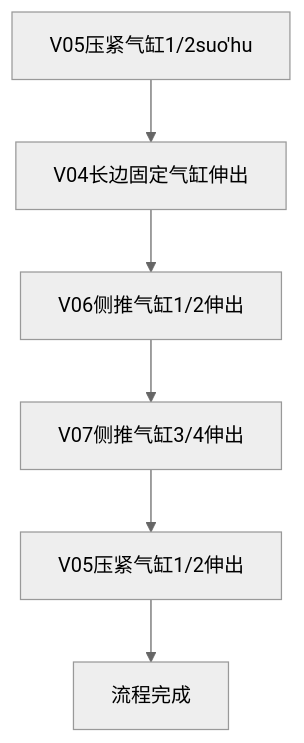
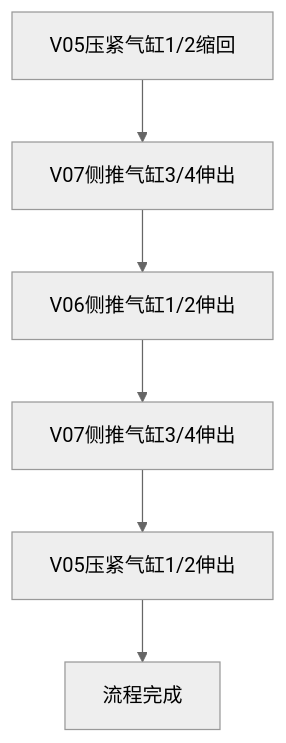
The diagram in all/OP10气缸打开流程.md (PengKun1/iodraw-files), drawn with Mermaid (neutral theme) before and after one commit.

Commit message:
2024-08-05 16:38:41 update

````diff
--- a/all/OP10气缸打开流程.md
+++ b/all/OP10气缸打开流程.md
@@ -1,9 +1,9 @@
 ```mermaid
 graph TD
-10[V05压紧气缸1/2suo'hu]-->20
-20[V04长边固定气缸伸出]-->30
+10[V05压紧气缸1/2缩回]-->20
+20[V07侧推气缸3/4伸出]-->30
 30[V06侧推气缸1/2伸出]-->40
 40[V07侧推气缸3/4伸出]-->50
 50[V05压紧气缸1/2伸出]-->60
 60[流程完成]
 ```
````
